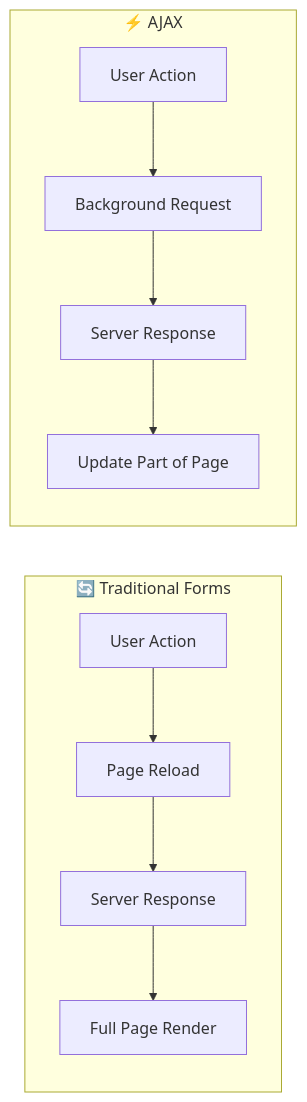
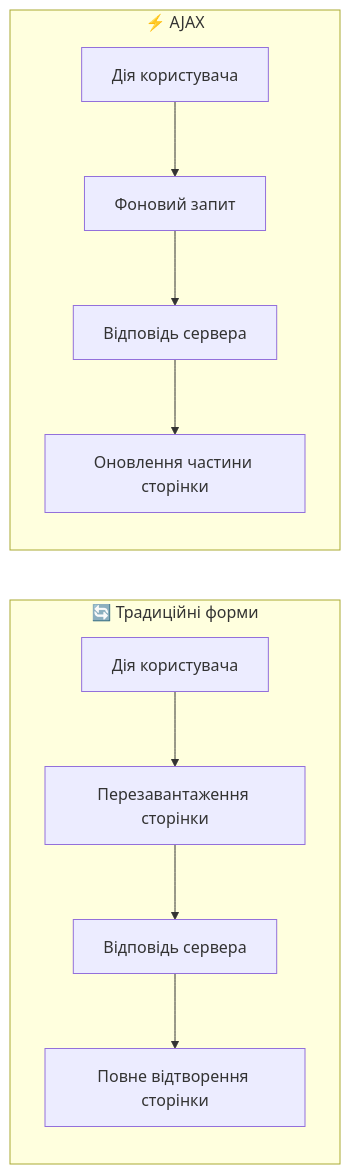
The sixth of 17 diagrams in presentations/presentation-01.md (olroi421/course-web), drawn with Mermaid before and after one commit. The commit also changed other lines of this file and 4 other files, not shown here.

````diff
--- a/presentations/presentation-01.md
+++ b/presentations/presentation-01.md
@@ -182,14 +195,14 @@
 ```mermaid
 graph LR
-    subgraph "🔄 Traditional Forms"
-        A1[User Action] --> B1[Page Reload]
-        B1 --> C1[Server Response]
-        C1 --> D1[Full Page Render]
+    subgraph "🔄 Традиційні форми"
+        A1[Дія користувача] --> B1[Перезавантаження сторінки]
+        B1 --> C1[Відповідь сервера]
+        C1 --> D1[Повне відтворення сторінки]
     end
 
     subgraph "⚡ AJAX"
-        A2[User Action] --> B2[Background Request]
-        B2 --> C2[Server Response]
-        C2 --> D2[Update Part of Page]
+        A2[Дія користувача] --> B2[Фоновий запит]
+        B2 --> C2[Відповідь сервера]
+        C2 --> D2[Оновлення частини сторінки]
     end
 ```
````
